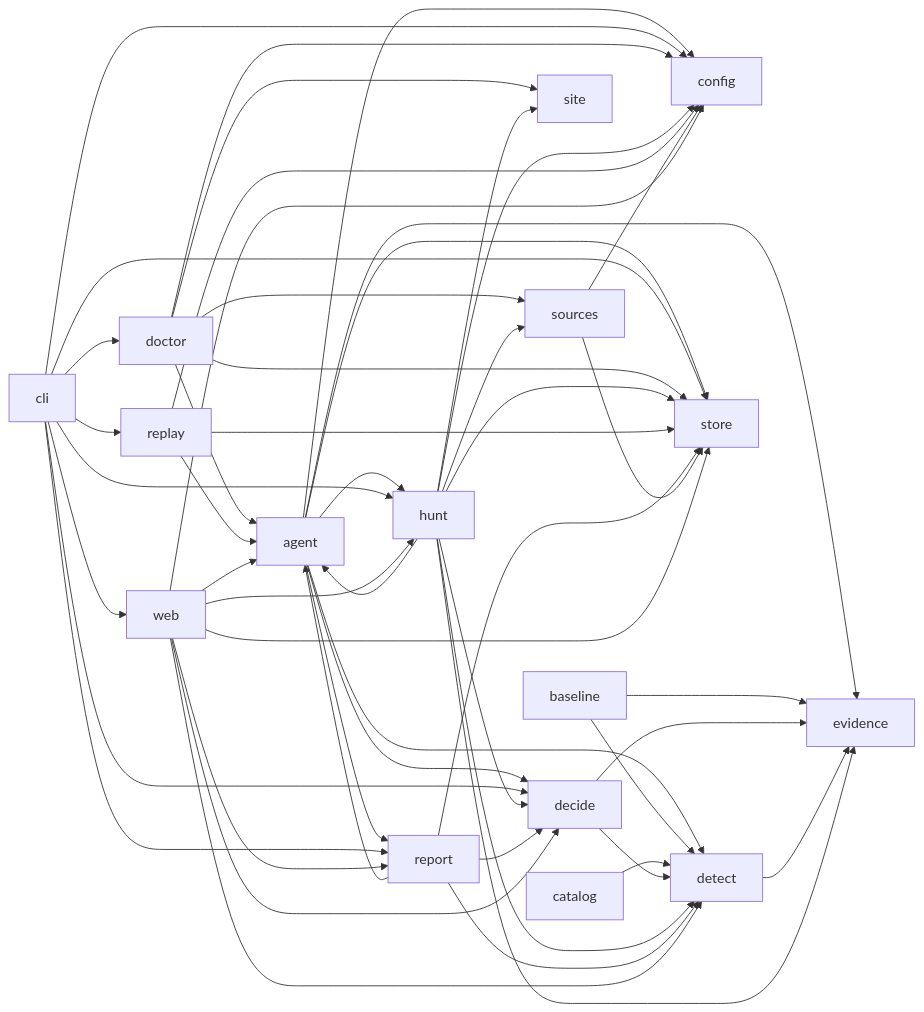
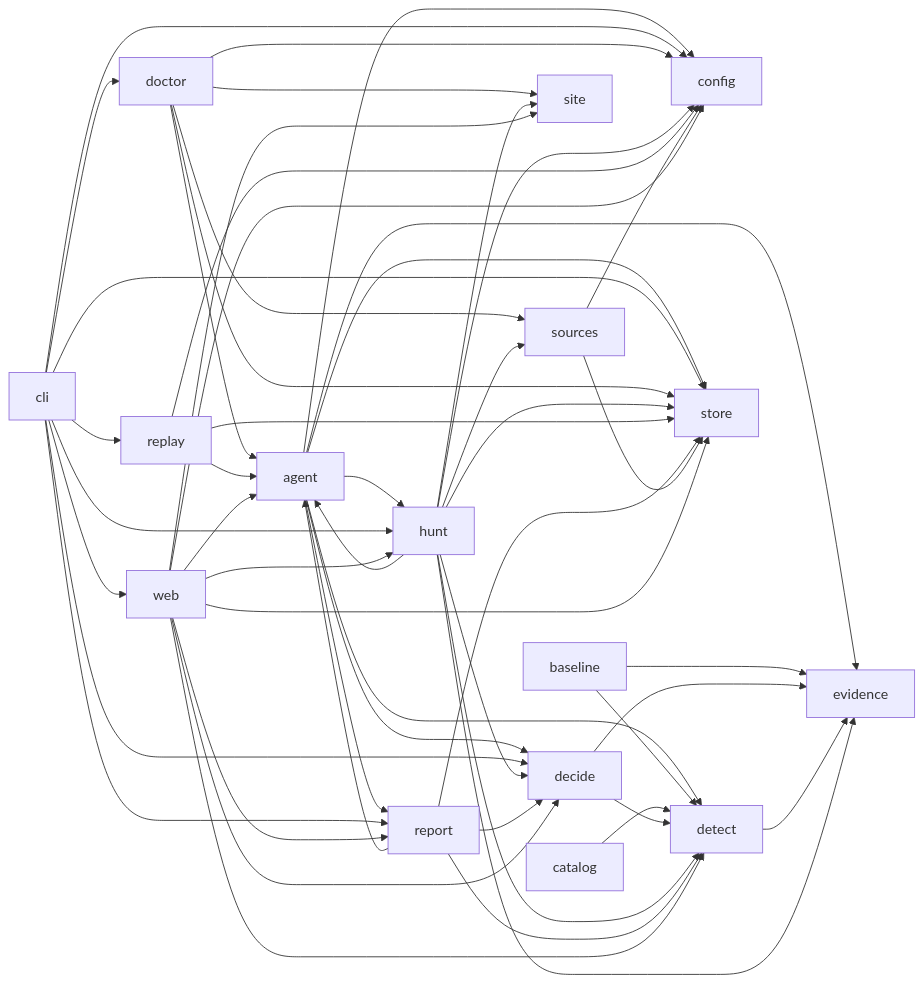
Before and after one commit to nickthabib-cloud/ROMULUS: the diagram in docs/architecture/MODULE_MAP.md, drawn with Mermaid. The commit also changed other lines of this file and 28 other files, not shown here.

````diff
--- a/docs/architecture/MODULE_MAP.md
+++ b/docs/architecture/MODULE_MAP.md
@@ -122,53 +122,54 @@
 ```mermaid
 graph LR
   agent --> config
   agent --> decide
   agent --> detect
   agent --> evidence
   agent --> hunt
   agent --> report
   agent --> store
   baseline --> detect
   baseline --> evidence
   catalog --> detect
   cli --> config
   cli --> decide
   cli --> doctor
   cli --> hunt
   cli --> replay
   cli --> report
   cli --> store
   cli --> web
   decide --> detect
   decide --> evidence
   detect --> evidence
   doctor --> agent
   doctor --> config
   doctor --> site
   doctor --> sources
   doctor --> store
   hunt --> agent
   hunt --> config
   hunt --> decide
   hunt --> detect
   hunt --> evidence
   hunt --> site
   hunt --> sources
   hunt --> store
   replay --> agent
   replay --> config
   replay --> store
   report --> agent
   report --> decide
   report --> detect
   report --> store
   sources --> config
   sources --> store
   web --> agent
   web --> config
   web --> decide
   web --> detect
   web --> hunt
   web --> report
+  web --> site
   web --> store
 ```
````
